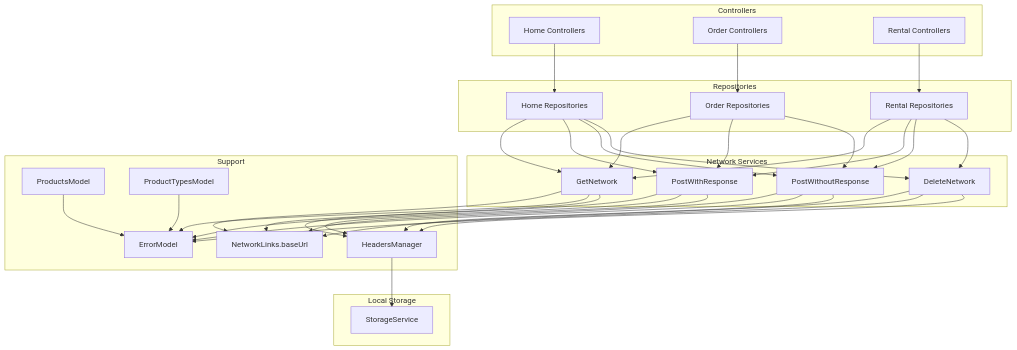
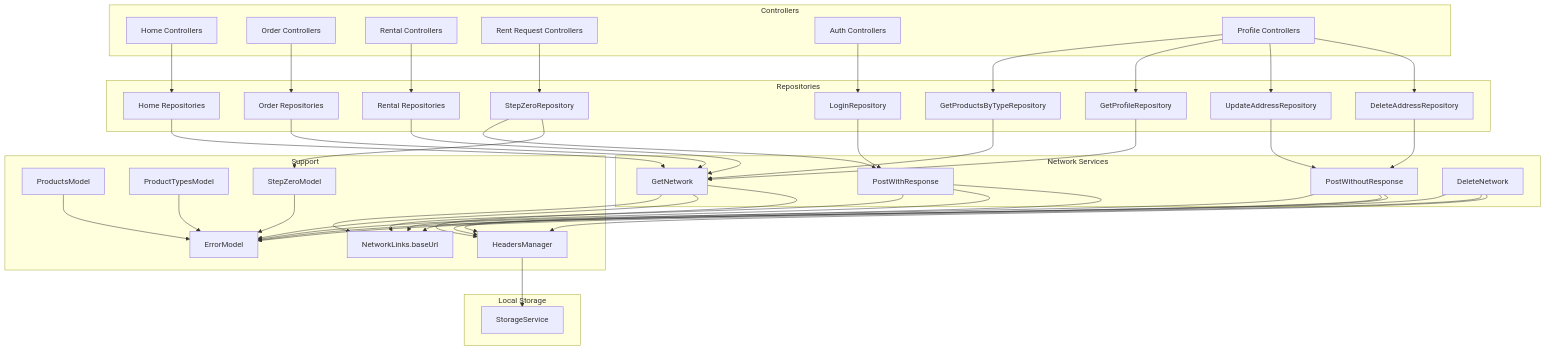
Before and after one commit to Ariful3111/FurniGo: the second of 12 diagrams in .qoder/repowiki/en/content/Architecture Overview/Data Layer Architecture.md, drawn with Mermaid. The commit also changed other lines of this file and 10 other files, not shown here.

Commit message:
Rent Request Step One Completed

````diff
--- a/.qoder/repowiki/en/content/Architecture Overview/Data Layer Architecture.md
+++ b/.qoder/repowiki/en/content/Architecture Overview/Data Layer Architecture.md
@@ -155,58 +203,74 @@
 ```mermaid
 graph TB
 subgraph "Controllers"
 HC["Home Controllers"]
 OC["Order Controllers"]
 RC["Rental Controllers"]
+RRC["Rent Request Controllers"]
+AC["Auth Controllers"]
+PC["Profile Controllers"]
 end
 subgraph "Repositories"
 HR["Home Repositories"]
 OR["Order Repositories"]
 RR["Rental Repositories"]
+SZR["StepZeroRepository"]
+LR["LoginRepository"]
+GPSR["GetProductsByTypeRepository"]
+GPR["GetProfileRepository"]
+UAR["UpdateAddressRepository"]
+DAR["DeleteAddressRepository"]
 end
 subgraph "Network Services"
 GN["GetNetwork"]
 PWR["PostWithResponse"]
 PWO["PostWithoutResponse"]
 DN["DeleteNetwork"]
 end
 subgraph "Local Storage"
 SS["StorageService"]
 end
 subgraph "Support"
 HM["HeadersManager"]
 EM["ErrorModel"]
 NP["NetworkLinks.baseUrl"]
 PM["ProductsModel"]
 PTM["ProductTypesModel"]
+SM["StepZeroModel"]
 end
 HC --> HR
 OC --> OR
 RC --> RR
+RRC --> SZR
+AC --> LR
+PC --> GPSR
+PC --> GPR
+PC --> UAR
+PC --> DAR
 HR --> GN
 OR --> GN
 RR --> GN
-HR --> PWR
-OR --> PWR
-RR --> PWR
-HR --> PWO
-OR --> PWO
-RR --> PWO
-HR --> DN
-RR --> DN
+SZR --> PWR
+LR --> PWR
+GPSR --> GN
+GPR --> GN
+UAR --> PWO
+DAR --> PWO
 GN --> NP
 PWR --> NP
 PWO --> NP
 DN --> NP
 GN --> EM
 PWR --> EM
 PWO --> EM
 DN --> EM
 HM --> SS
 GN --> HM
 PWR --> HM
 PWO --> HM
 DN --> HM
 PM --> EM
 PTM --> EM
+SM --> EM
+SZR --> SM
 ```
````
